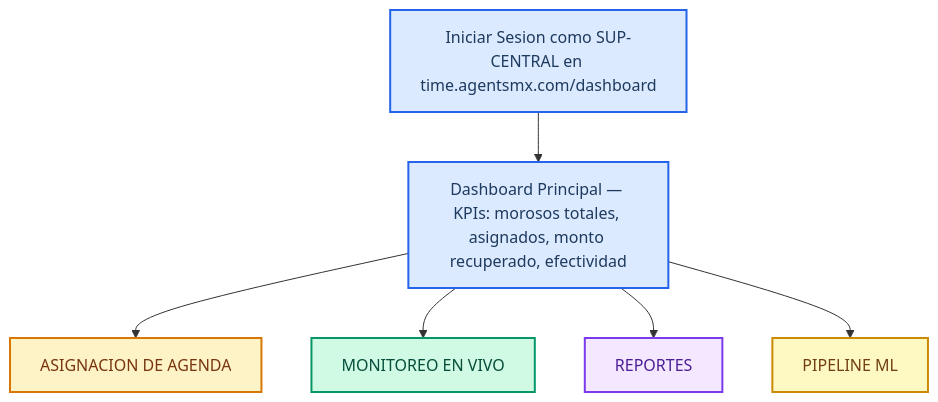
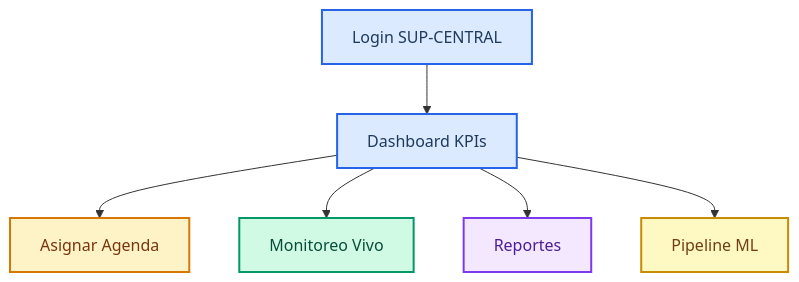
One commit to multiagents-fer/gps-platform-docs changed the first of 7 diagrams in docs/guia-usuario/manual-supervisor.md. Above: the diagram before and after it, drawn with Mermaid. The commit also changed other lines of this file and 1 other file, not shown here.

Commit message:
docs: refactor both manuals — cleaner diagrams, better structure

````diff
--- a/docs/guia-usuario/manual-supervisor.md
+++ b/docs/guia-usuario/manual-supervisor.md
@@ -9,15 +27,14 @@
 ```mermaid
 flowchart TD
-    A["Iniciar Sesion como SUP-CENTRAL en time.agentsmx.com/dashboard"]:::blue
-    A --> B["Dashboard Principal — KPIs: morosos totales, asignados, monto recuperado, efectividad"]:::blue
-    B --> C["ASIGNACION DE AGENDA"]:::amber
-    B --> D["MONITOREO EN VIVO"]:::green
-    B --> E["REPORTES"]:::purple
-    B --> F["PIPELINE ML"]:::yellow
+    A["Login SUP-CENTRAL"]:::blue --> B["Dashboard KPIs"]:::blue
+    B --> C["Asignar Agenda"]:::amber
+    B --> D["Monitoreo Vivo"]:::green
+    B --> E["Reportes"]:::purple
+    B --> F["Pipeline ML"]:::yellow
 
     classDef blue fill:#dbeafe,stroke:#2563eb,stroke-width:2px,color:#1e3a5f
     classDef green fill:#d1fae5,stroke:#059669,stroke-width:2px,color:#064e3b
     classDef amber fill:#fef3c7,stroke:#d97706,stroke-width:2px,color:#78350f
     classDef purple fill:#f3e8ff,stroke:#7c3aed,stroke-width:2px,color:#4c1d95
     classDef yellow fill:#fef9c3,stroke:#ca8a04,stroke-width:2px,color:#713f12
 ```
````
